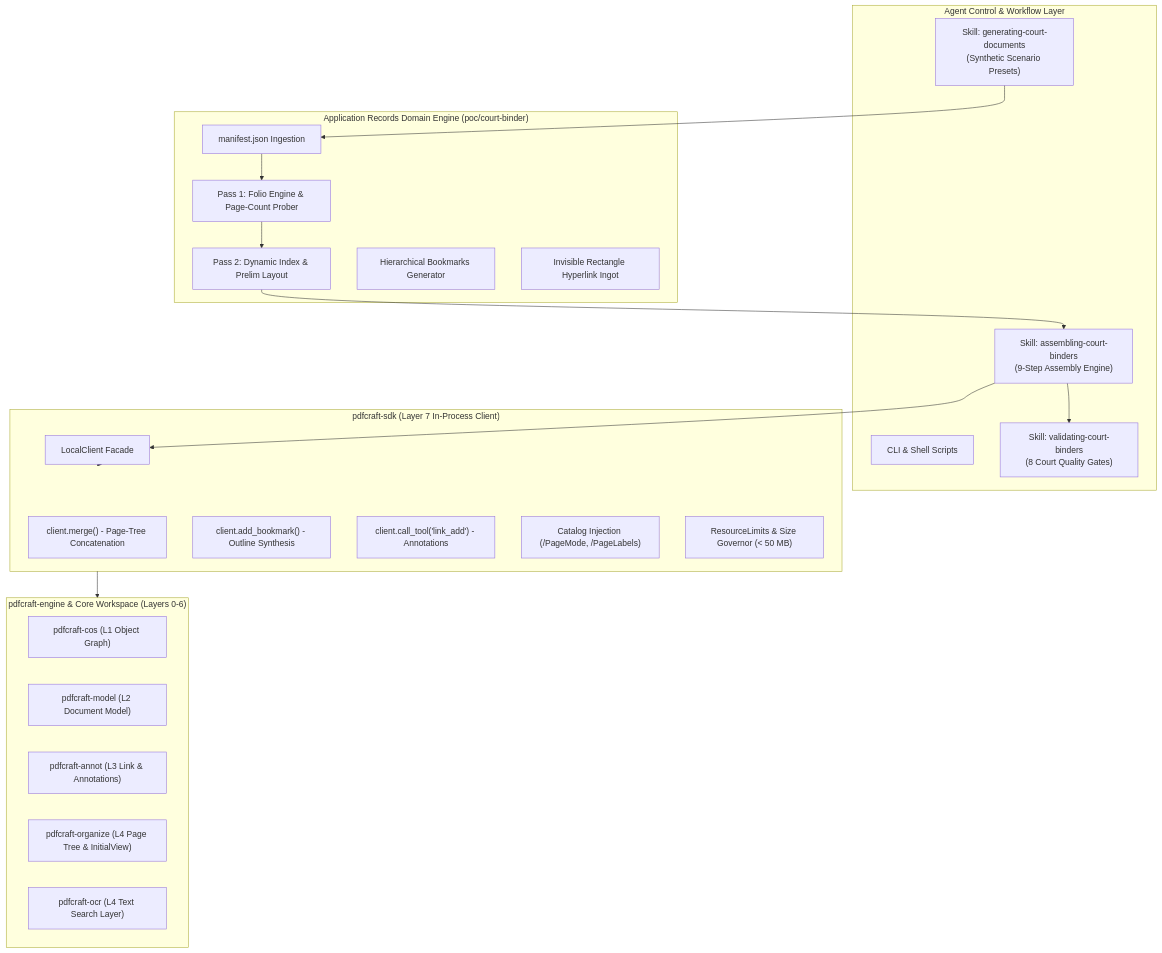
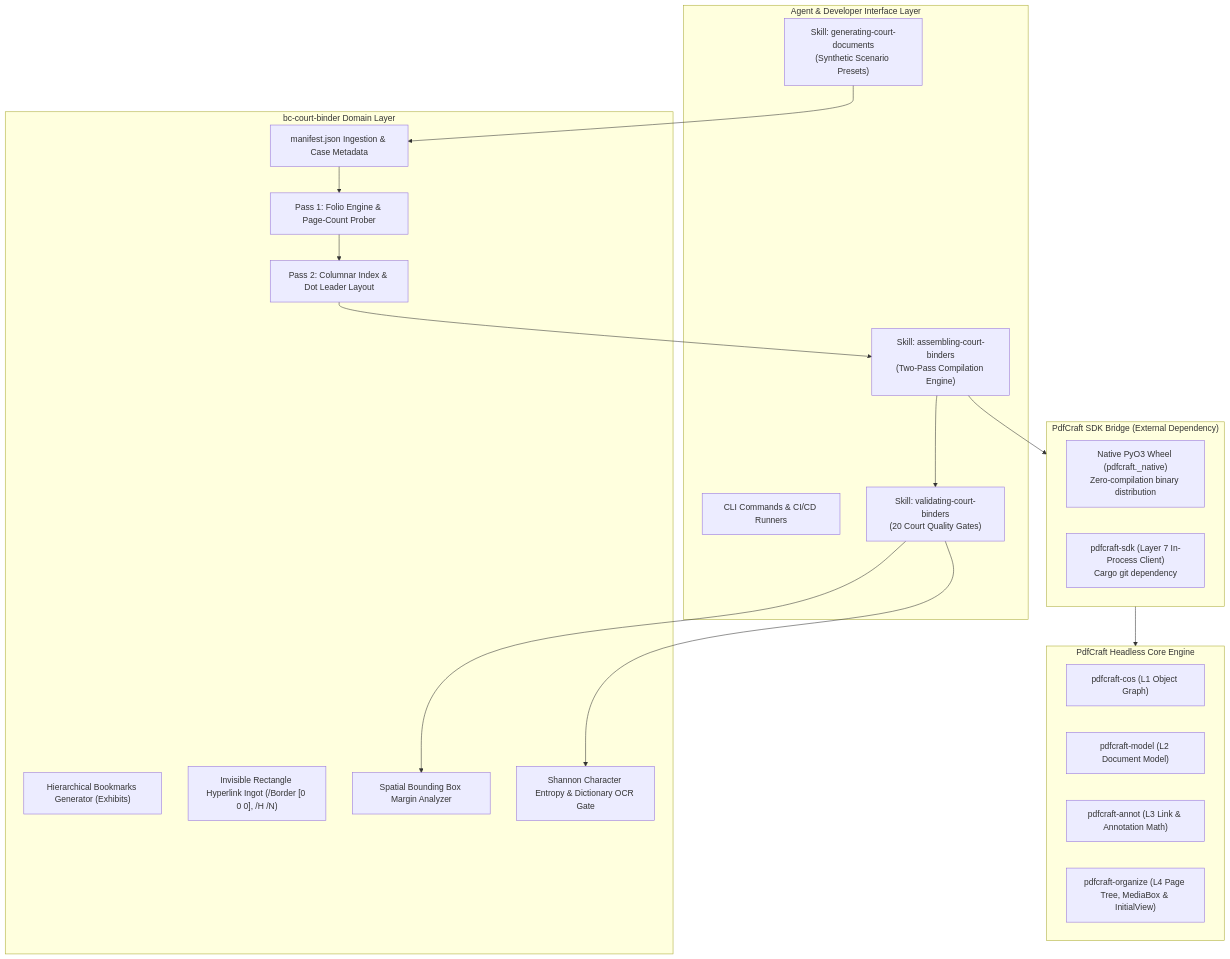
Before and after one commit to bcgov/bc-court-binder-builder: the second of 2 diagrams in architecture.md, drawn with Mermaid. The commit also changed other lines of this file and 1 other file, not shown here.

First line of the commit message:
docs: add INSTALL.md and update architecture.md for standalone repo

````diff
--- a/architecture.md
+++ b/architecture.md
@@ -60,43 +58,41 @@
 ```mermaid
 flowchart TD
-    subgraph UI["Agent Control & Workflow Layer"]
-        CLI["CLI & Shell Scripts"]
+    subgraph UI["Agent & Developer Interface Layer"]
+        CLI["CLI Commands & CI/CD Runners"]
         Skill1["Skill: generating-court-documents<br/>(Synthetic Scenario Presets)"]
-        Skill2["Skill: assembling-court-binders<br/>(9-Step Assembly Engine)"]
-        Skill3["Skill: validating-court-binders<br/>(8 Court Quality Gates)"]
+        Skill2["Skill: assembling-court-binders<br/>(Two-Pass Compilation Engine)"]
+        Skill3["Skill: validating-court-binders<br/>(20 Court Quality Gates)"]
     end
 
-    subgraph Orchestration["Application Records Domain Engine (poc/court-binder)"]
-        Manifest["manifest.json Ingestion"]
-        Pass1["Pass 1: Folio Engine & Page-Count Prober"]
-        Pass2["Pass 2: Dynamic Index & Prelim Layout"]
-        TreeGen["Hierarchical Bookmarks Generator"]
-        Linker["Invisible Rectangle Hyperlink Ingot"]
+    subgraph Domain["bc-court-binder Domain Layer"]
+        Manifest["manifest.json Ingestion & Case Metadata"]
+        FolioEngine["Pass 1: Folio Engine & Page-Count Prober"]
+        TableGen["Pass 2: Columnar Index & Dot Leader Layout"]
+        TreeGen["Hierarchical Bookmarks Generator (Exhibits)"]
+        Linker["Invisible Rectangle Hyperlink Ingot (/Border [0 0 0], /H /N)"]
+        SpatialAudit["Spatial Bounding Box Margin Analyzer"]
+        EntropyAudit["Shannon Character Entropy & Dictionary OCR Gate"]
     end
 
-    subgraph CoreSDK["pdfcraft-sdk (Layer 7 In-Process Client)"]
-        LocalClient["LocalClient Facade"]
-        MergeOp["client.merge() - Page-Tree Concatenation"]
-        BM["client.add_bookmark() - Outline Synthesis"]
-        Links["client.call_tool('link_add') - Annotations"]
-        Catalog["Catalog Injection (/PageMode, /PageLabels)"]
-        SizeAudit["ResourceLimits & Size Governor (< 50 MB)"]
+    subgraph Integration["PdfCraft SDK Bridge (External Dependency)"]
+        PyWheel["Native PyO3 Wheel (pdfcraft._native)<br/>Zero-compilation binary distribution"]
+        RustSDK["pdfcraft-sdk (Layer 7 In-Process Client)<br/>Cargo git dependency"]
     end
 
-    subgraph Engine["pdfcraft-engine & Core Workspace (Layers 0-6)"]
+    subgraph CoreEngine["PdfCraft Headless Core Engine"]
         Cos["pdfcraft-cos (L1 Object Graph)"]
         Model["pdfcraft-model (L2 Document Model)"]
-        Annot["pdfcraft-annot (L3 Link & Annotations)"]
-        Organize["pdfcraft-organize (L4 Page Tree & InitialView)"]
-        OCR["pdfcraft-ocr (L4 Text Search Layer)"]
+        Annot["pdfcraft-annot (L3 Link & Annotation Math)"]
+        Organize["pdfcraft-organize (L4 Page Tree, MediaBox & InitialView)"]
     end
 
     Skill1 --> Manifest
-    Manifest --> Pass1
-    Pass1 --> Pass2
-    Pass2 --> Skill2
-    Skill2 --> LocalClient
-    LocalClient --> CoreSDK
-    CoreSDK --> Engine
+    Manifest --> FolioEngine
+    FolioEngine --> TableGen
+    TableGen --> Skill2
+    Skill2 --> Integration
+    Integration --> CoreEngine
     Skill2 --> Skill3
+    Skill3 --> SpatialAudit
+    Skill3 --> EntropyAudit
 ```
````
